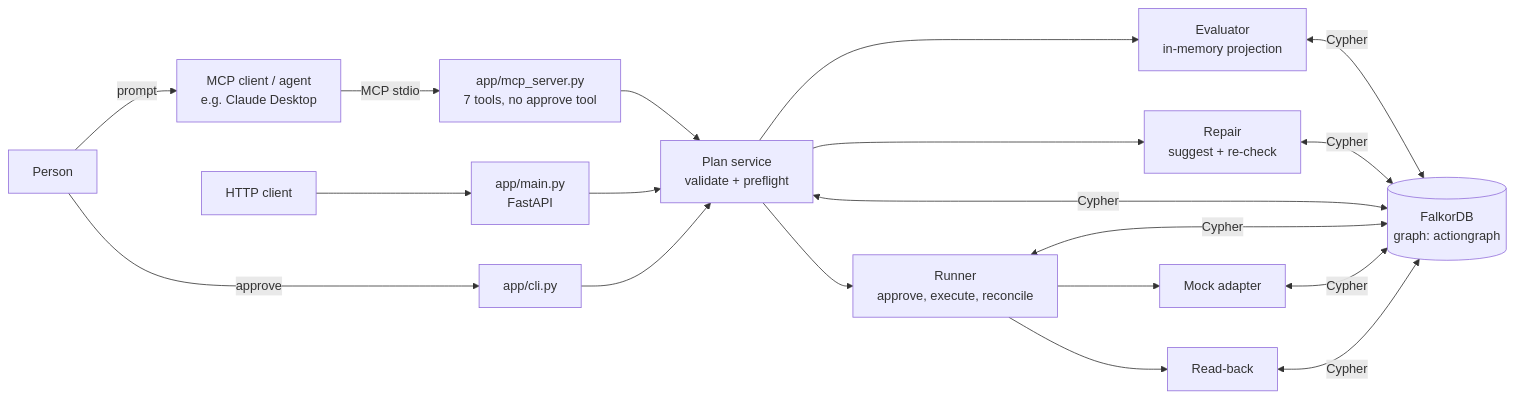
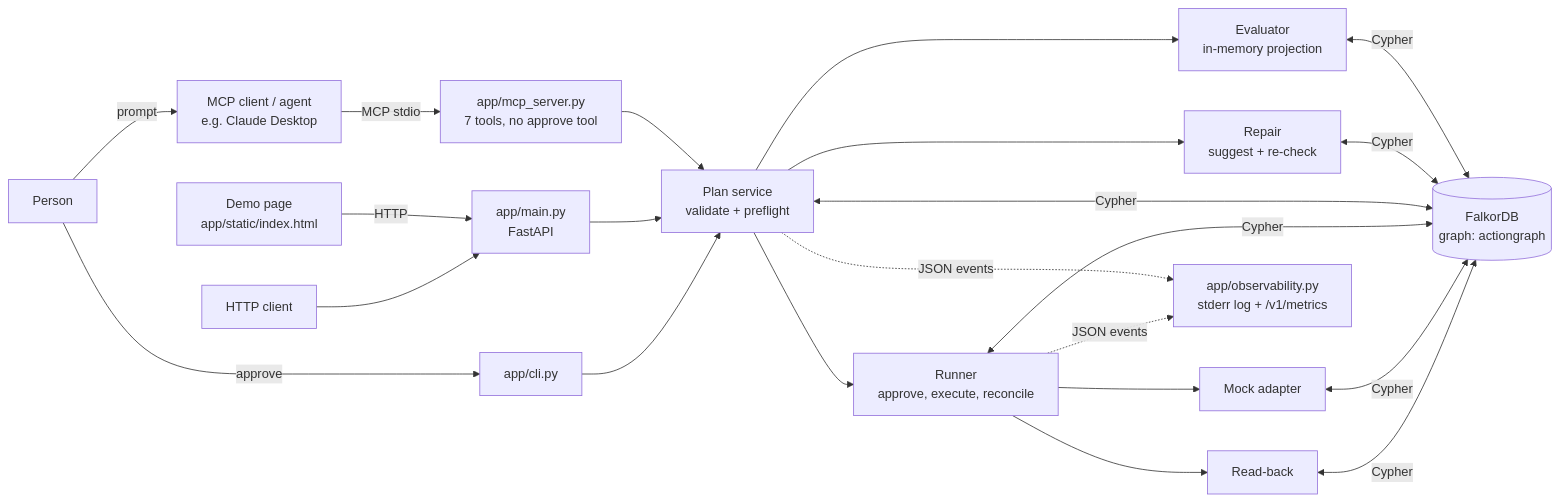
One commit to Kartikey-Paliwal/Actiongraph changed the diagram in README.md. Above: the diagram before and after it, drawn with Mermaid. The commit also changed other lines of this file and 6 other files, not shown here.

First line of the commit message:
feat: API Dockerfile, docs for demo page, security, metrics, benchmark

````diff
--- a/README.md
+++ b/README.md
@@ -24,16 +26,18 @@
 ```mermaid
 flowchart LR
     U[Person] -->|prompt| A[MCP client / agent<br/>e.g. Claude Desktop]
     A -->|MCP stdio| M[app/mcp_server.py<br/>7 tools, no approve tool]
     U -->|approve| C[app/cli.py]
-    H[HTTP client] --> F[app/main.py<br/>FastAPI]
+    W[Demo page<br/>app/static/index.html] -->|HTTP| F[app/main.py<br/>FastAPI]
+    H[HTTP client] --> F
     M --> S[Plan service<br/>validate + preflight]
     F --> S
     C --> S
     S --> V[Evaluator<br/>in-memory projection]
     S --> R[Repair<br/>suggest + re-check]
     S --> X[Runner<br/>approve, execute, reconcile]
     X --> AD[Mock adapter]
     X --> RB[Read-back]
     V & R & S & X & AD & RB <-->|Cypher| G[(FalkorDB<br/>graph: actiongraph)]
+    S & X -.->|JSON events| O[app/observability.py<br/>stderr log + /v1/metrics]
 ```
````
